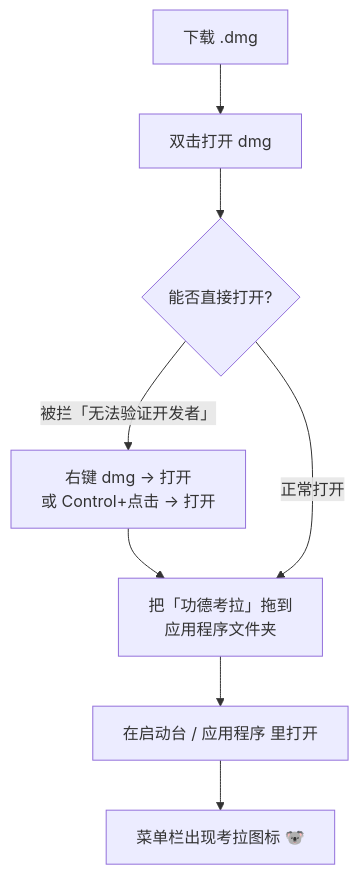
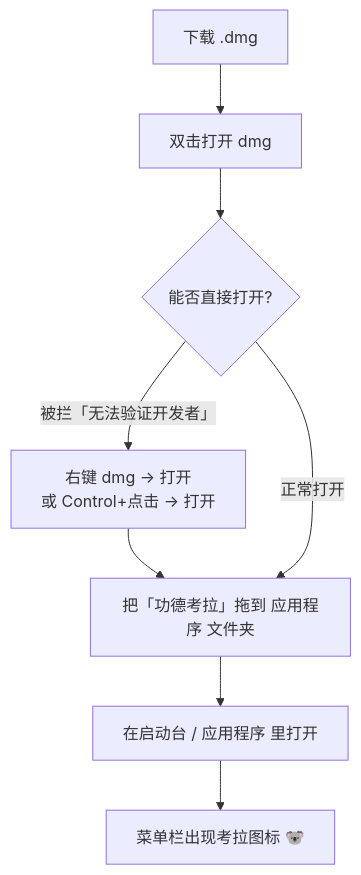
The first of 3 diagrams in README.md (Koala-Dai/gongde-koala), drawn with Mermaid before and after one commit. The commit also changed other lines of this file and 1 other file, not shown here.

Commit message:
docs: 面向普通用户优化 README（banner 图、下载区、FAQ、弱化技术术语）

````diff
--- a/README.md
+++ b/README.md
@@ -34,10 +66,10 @@
 ```mermaid
 flowchart TD
     A[下载 .dmg] --> B[双击打开 dmg]
     B --> C{能否直接打开?}
     C -- 被拦「无法验证开发者」 --> D[右键 dmg → 打开<br/>或 Control+点击 → 打开]
-    D --> E[把「功德考拉」拖到<br/>应用程序文件夹]
+    D --> E[把「功德考拉」拖到 应用程序 文件夹]
     C -- 正常打开 --> E
     E --> F[在启动台 / 应用程序 里打开]
     F --> G[菜单栏出现考拉图标 🐨]
 ```
````
